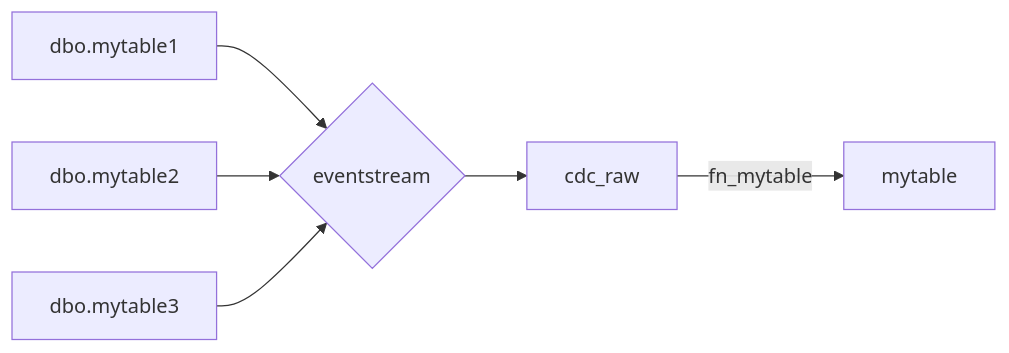
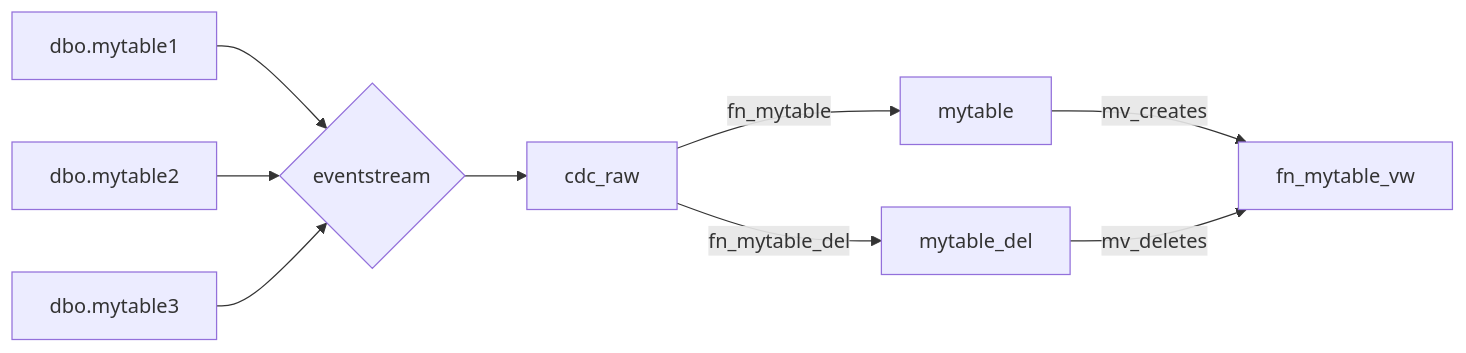
The diagram in README.md (hfleitas/bigtuna), drawn with Mermaid before and after one commit.

````diff
--- a/README.md
+++ b/README.md
@@ -9,8 +9,11 @@
 ```mermaid
 graph LR
    dbo.mytable1-->es
    dbo.mytable2-->es
    dbo.mytable3-->es
    es{eventstream}-->cdc_raw
-   cdc_raw-->|fn_mytable| mytable
+   cdc_raw-->|fn_mytable | mytable
+   cdc_raw-->|fn_mytable_del | mytable_del
+   mytable -->|mv_creates | fn_mytable_vw
+   mytable_del -->|mv_deletes | fn_mytable_vw
 ```
````
